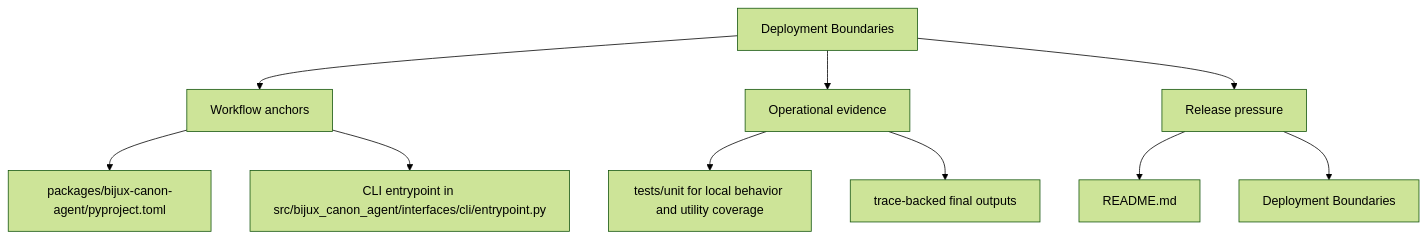
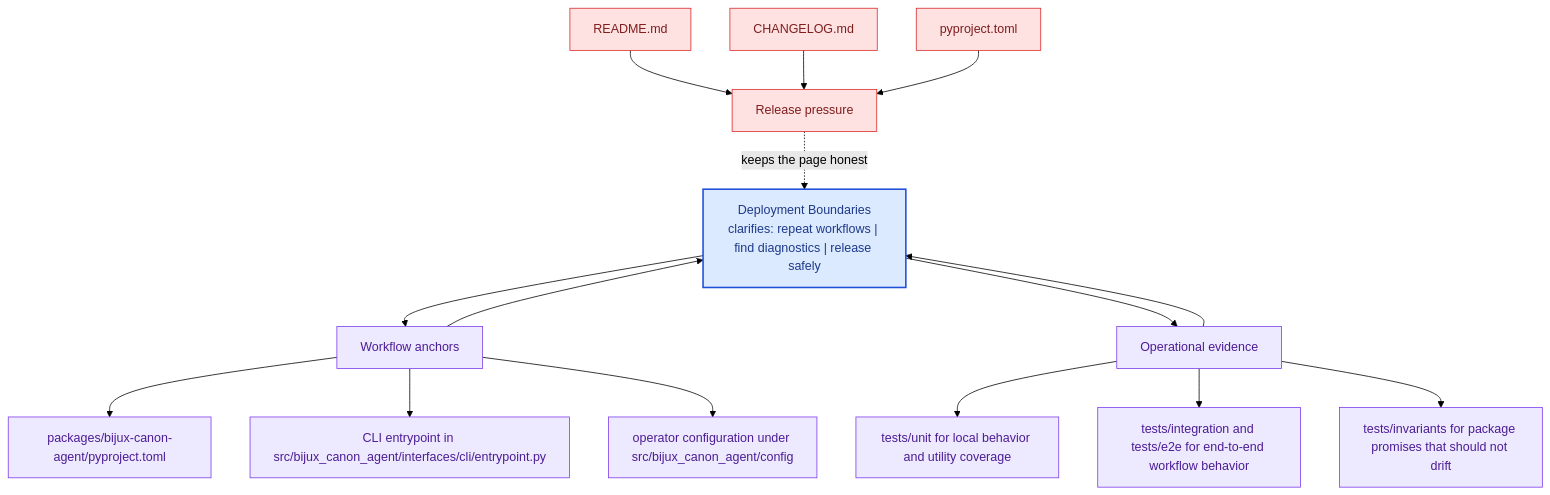
One commit to bijux/bijux-canon changed the second of 2 diagrams in docs/bijux-canon-agent/operations/deployment-boundaries.md. Above: the diagram before and after it, drawn with Mermaid (forest theme). The commit also changed other lines of this file and 281 other files, not shown here.

Commit message:
docs(diagrams): deepen handbook mermaid maps across the catalog

````diff
--- a/docs/bijux-canon-agent/operations/deployment-boundaries.md
+++ b/docs/bijux-canon-agent/operations/deployment-boundaries.md
@@ -34,22 +67,41 @@
 ```mermaid
-flowchart TD
-    page["Deployment Boundaries"]
+flowchart TB
+    promise["Deployment Boundaries<br/>clarifies: repeat workflows | find diagnostics | release safely"]
+    classDef promise fill:#dbeafe,stroke:#1d4ed8,color:#1e3a8a,stroke-width:2px;
+    classDef driver fill:#dcfce7,stroke:#16a34a,color:#14532d;
+    classDef constraint fill:#fee2e2,stroke:#dc2626,color:#7f1d1d;
+    classDef ground fill:#ede9fe,stroke:#7c3aed,color:#4c1d95;
     focus1["Workflow anchors"]
-    page --> focus1
+    focus1 --> promise
+    promise --> focus1
     focus1_1["packages/bijux-canon-agent/pyproject.toml"]
     focus1 --> focus1_1
     focus1_2["CLI entrypoint in src/bijux_canon_agent/interfaces/cli/entrypoint.py"]
     focus1 --> focus1_2
+    focus1_3["operator configuration under src/bijux_canon_agent/config"]
+    focus1 --> focus1_3
+    class focus1 ground;
+    class focus1_1,focus1_2,focus1_3 ground;
     focus2["Operational evidence"]
-    page --> focus2
+    focus2 --> promise
+    promise --> focus2
     focus2_1["tests/unit for local behavior and utility coverage"]
     focus2 --> focus2_1
-    focus2_2["trace-backed final outputs"]
+    focus2_2["tests/integration and tests/e2e for end-to-end workflow behavior"]
     focus2 --> focus2_2
+    focus2_3["tests/invariants for package promises that should not drift"]
+    focus2 --> focus2_3
+    class focus2 ground;
+    class focus2_1,focus2_2,focus2_3 ground;
     focus3["Release pressure"]
-    page --> focus3
+    focus3 -.keeps the page honest.-> promise
     focus3_1["README.md"]
-    focus3 --> focus3_1
-    focus3_2["Deployment Boundaries"]
-    focus3 --> focus3_2
+    focus3_1 --> focus3
+    focus3_2["CHANGELOG.md"]
+    focus3_2 --> focus3
+    focus3_3["pyproject.toml"]
+    focus3_3 --> focus3
+    class focus3 constraint;
+    class focus3_1,focus3_2,focus3_3 constraint;
+    class promise promise;
 ```
````
